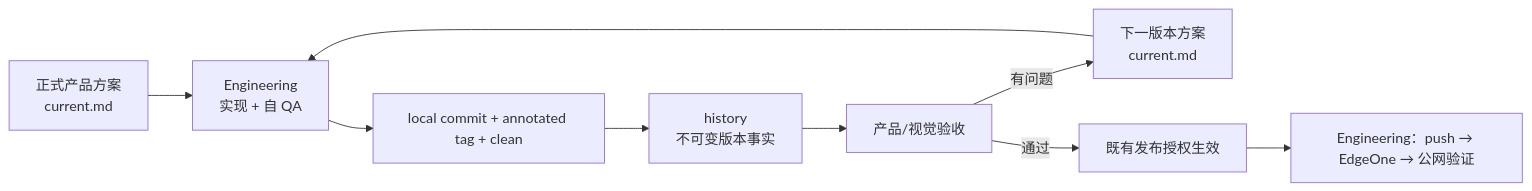
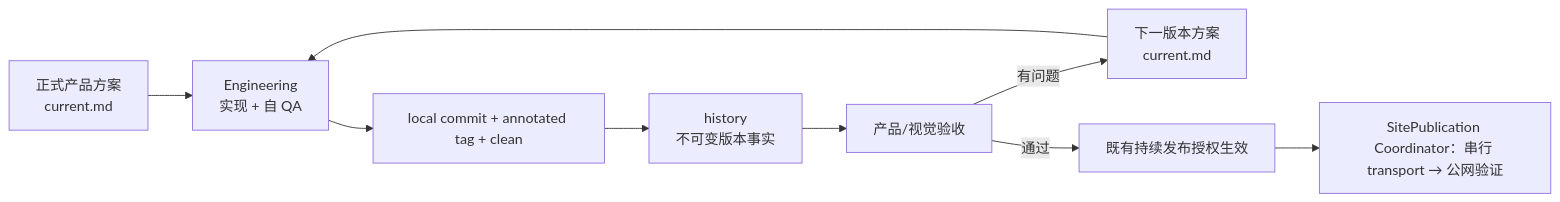
The diagram in docs/rules/iteration-and-release.md (Chizheng4/xingbuild), drawn with Mermaid before and after one commit. The commit also changed other lines of this file and 23 other files, not shown here.

Commit message:
feat: rebuild product content site publication architecture

````diff
--- a/docs/rules/iteration-and-release.md
+++ b/docs/rules/iteration-and-release.md
@@ -7,11 +7,11 @@
 ```mermaid
 flowchart LR
     A["正式产品方案\ncurrent.md"] --> B["Engineering\n实现 + 自 QA"]
     B --> C["local commit + annotated tag + clean"]
     C --> D["history\n不可变版本事实"]
     D --> E["产品/视觉验收"]
     E -->|有问题| F["下一版本方案\ncurrent.md"]
     F --> B
-    E -->|通过| G["既有发布授权生效"]
-    G --> H["Engineering：push → EdgeOne → 公网验证"]
+    E -->|通过| G["既有持续发布授权生效"]
+    G --> H["SitePublication Coordinator：串行 transport → 公网验证"]
 ```
````
